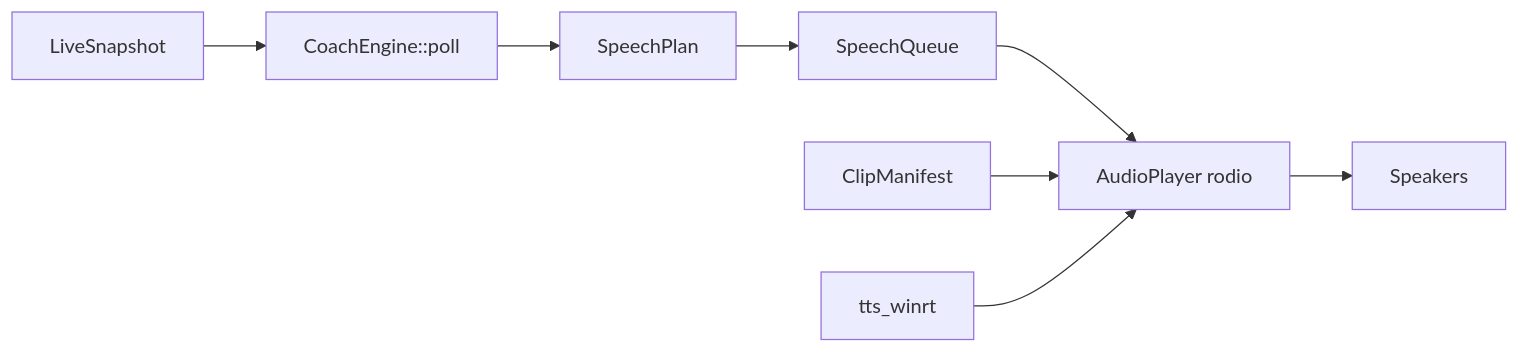
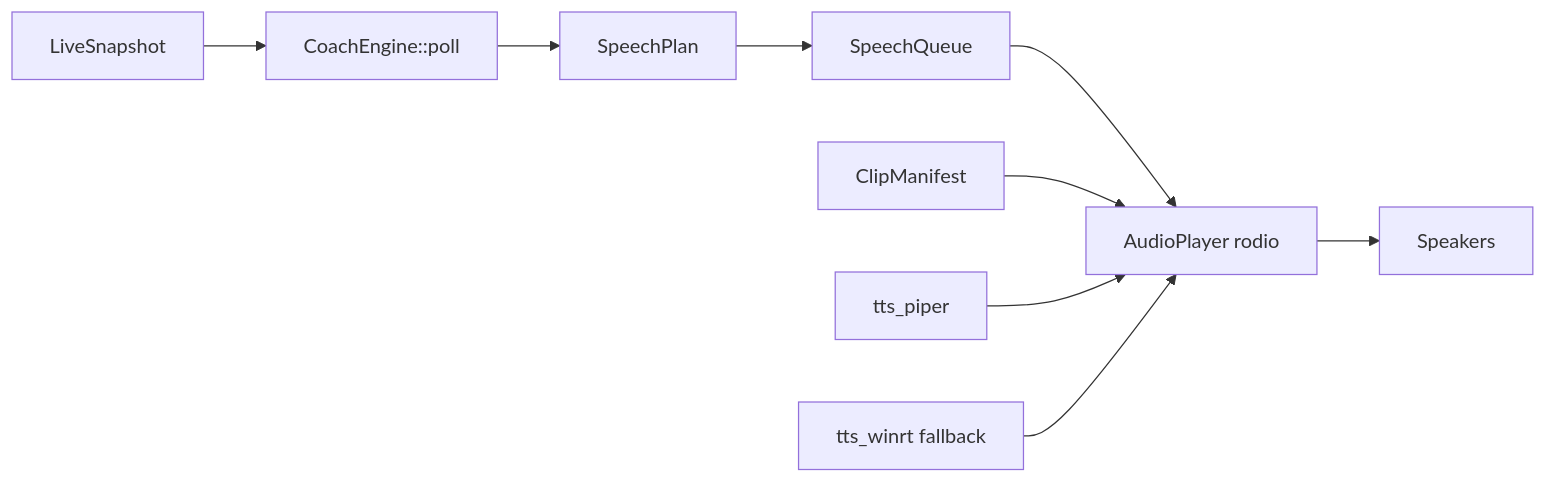
The diagram in docs/AUDIO_COACH.md (JacobKonkowski/pitwall-desktop), drawn with Mermaid before and after one commit. The commit also changed other lines of this file and 75 other files, not shown here.

````diff
--- a/docs/AUDIO_COACH.md
+++ b/docs/AUDIO_COACH.md
@@ -9,10 +9,11 @@
 ```mermaid
 flowchart LR
   Snap[LiveSnapshot] --> Engine[CoachEngine::poll]
   Engine --> Plan[SpeechPlan]
   Plan --> Queue[SpeechQueue]
   Queue --> Player[AudioPlayer rodio]
   Player --> Speakers[Speakers]
   Manifest[ClipManifest] --> Player
-  WinRT[tts_winrt] --> Player
+  Piper[tts_piper] --> Player
+  WinRT[tts_winrt fallback] --> Player
 ```
````
